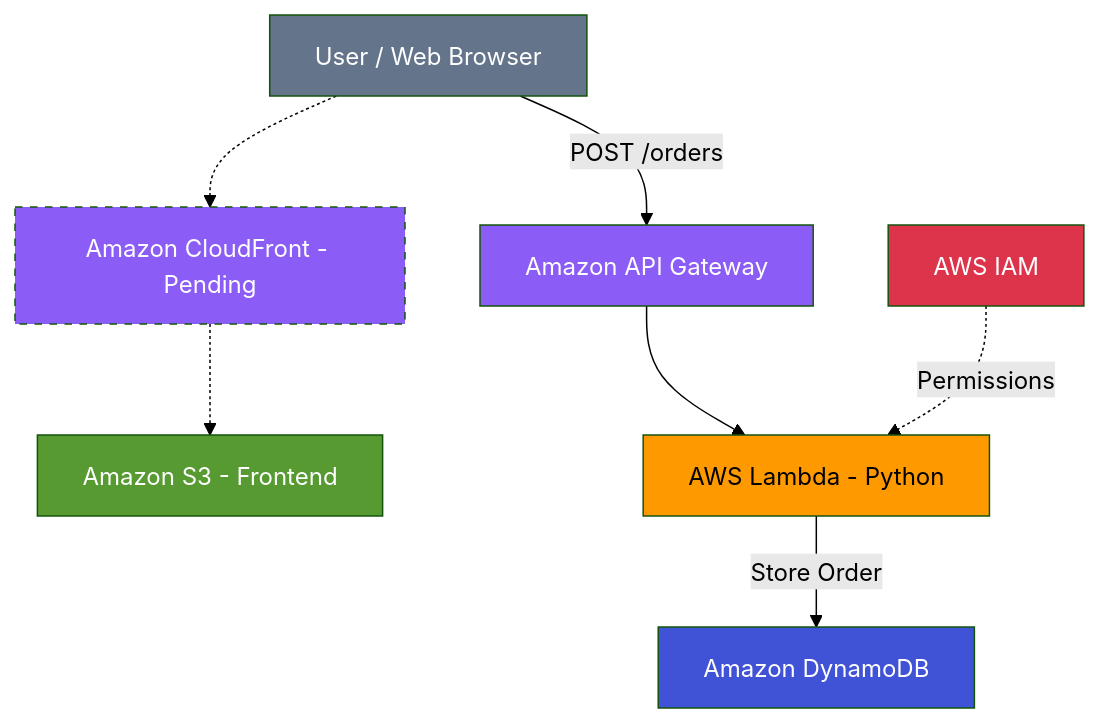
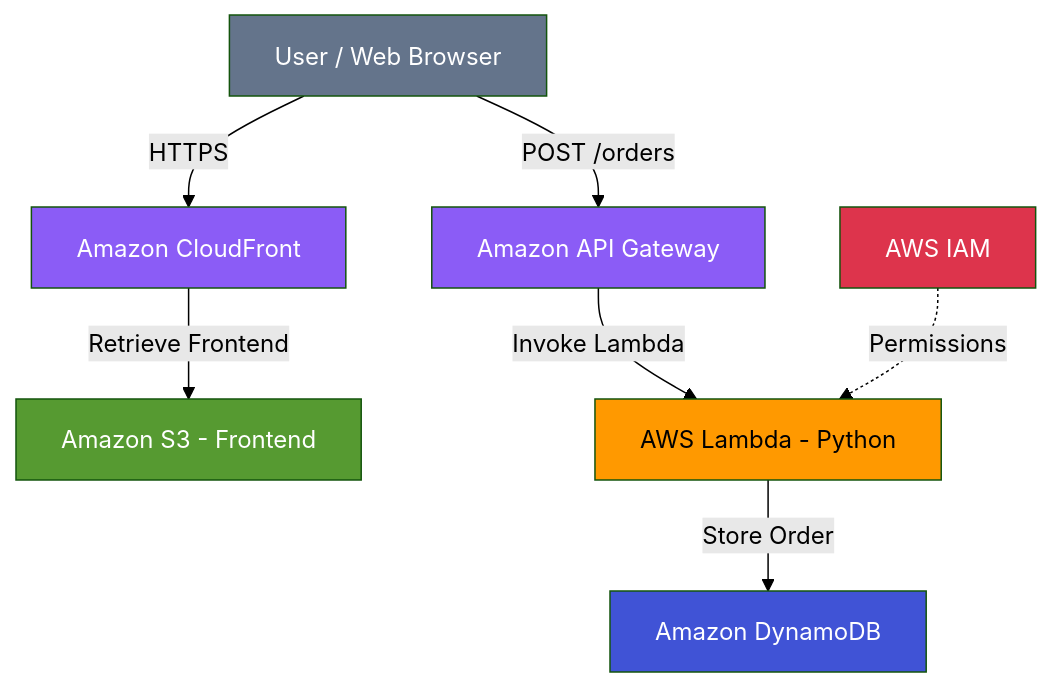
The diagram in README.md (meds-cloud/CloudBite), drawn with Mermaid (forest theme) before and after one commit. The commit also changed other lines of this file, not shown here.

````diff
--- a/README.md
+++ b/README.md
@@ -39,25 +64,25 @@
 ```mermaid
 flowchart TD
     A[User / Web Browser]
-    B[Amazon CloudFront - Pending]
+    B[Amazon CloudFront]
     C[Amazon S3 - Frontend]
     D[Amazon API Gateway]
     E[AWS Lambda - Python]
     F[Amazon DynamoDB]
     G[AWS IAM]
 
-    A -.-> B
-    B -.-> C
+    A -->|HTTPS| B
+    B -->|Retrieve Frontend| C
     A -->|POST /orders| D
-    D --> E
+    D -->|Invoke Lambda| E
     E -->|Store Order| F
     G -.->|Permissions| E
 
     style A fill:#64748b,color:#fff
-    style B fill:#8b5cf6,color:#fff,stroke-dasharray:5 5
+    style B fill:#8b5cf6,color:#fff
     style C fill:#569a31,color:#fff
     style D fill:#8b5cf6,color:#fff
     style E fill:#ff9900,color:#000
     style F fill:#4053d6,color:#fff
     style G fill:#dd344c,color:#fff
 ```
````
